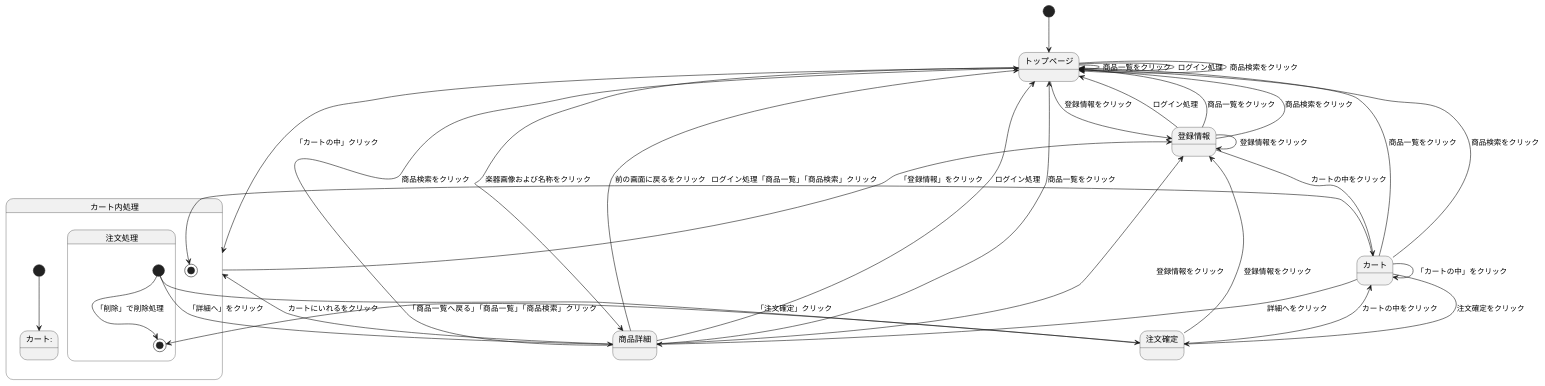
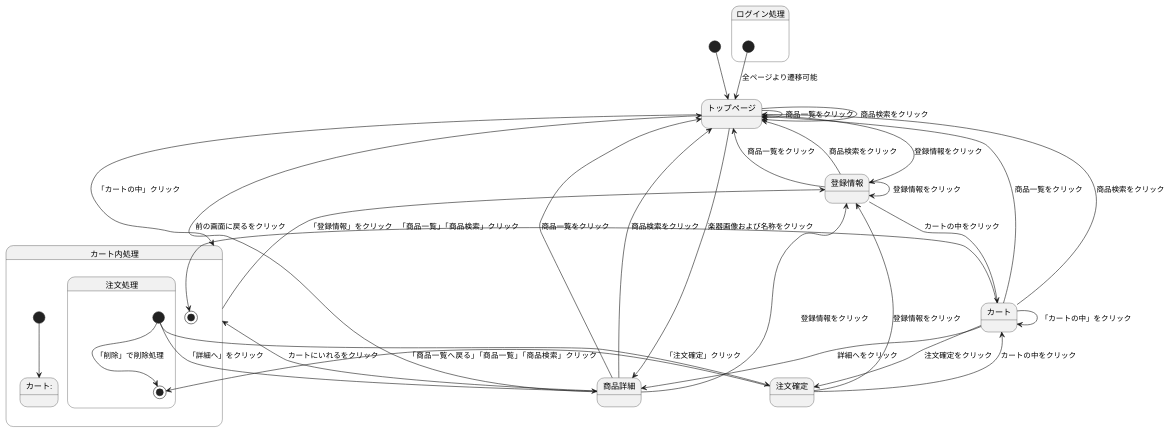
One commit to Aso2001374/2021sys-design changed the third of 3 diagrams in stm01.md. Above: the diagram before and after it, drawn with PlantUML.

````diff
--- a/stm01.md
+++ b/stm01.md
@@ -55,53 +55,53 @@
 ```uml
 @startuml
 [*] --> トップページ
 
 トップページ--> トップページ : 商品一覧をクリック
-トップページ--> トップページ : ログイン処理
 トップページ--> トップページ : 商品検索をクリック
 トップページ--> カート内処理 : 「カートの中」クリック
 トップページ--> 登録情報 : 登録情報をクリック
 トップページ--> 商品詳細 : 楽器画像および名称をクリック
 
 
 商品詳細--> トップページ : 前の画面に戻るをクリック
-商品詳細--> トップページ : ログイン処理
 商品詳細--> トップページ : 商品一覧をクリック
 商品詳細--> トップページ : 商品検索をクリック
 商品詳細--> 登録情報 : 登録情報をクリック
 
 カート --> 商品詳細 : 詳細へをクリック
 
 カート --> トップページ : 商品一覧をクリック
 カート --> トップページ : 商品検索をクリック
 
 カート-->注文確定 : 注文確定をクリック
 
-登録情報 --> トップページ : ログイン処理
+
 登録情報 --> トップページ : 商品一覧をクリック
 登録情報 --> トップページ : 商品検索をクリック
 登録情報 --> カート : カートの中をクリック
 登録情報 --> 登録情報 : 登録情報をクリック
 
-
+state ログイン処理{
+[*] --> トップページ : 全ページより遷移可能
+}
 商品詳細--> カート内処理 : カートにいれるをクリック
 
 state カート内処理{
 [*] --> カート:
 state 注文処理{
 [*]--> 注文確定: 「注文確定」クリック
 [*]--> 商品詳細 : 「詳細へ」をクリック
 [*]--> [*]: 「削除」で削除処理
 注文確定--> [*]: 「商品一覧へ戻る」「商品一覧」「商品検索」クリック
 }
 注文確定 --> カート : カートの中をクリック
 注文確定 --> 登録情報 : 登録情報をクリック
 カート--> カート: 「カートの中」をクリック
-カート--> [*]: ログイン処理「商品一覧」「商品検索」クリック
+カート--> [*]: 「商品一覧」「商品検索」クリック
 }
 
 カート内処理--> 登録情報 : 「登録情報」をクリック
 
 
 @enduml
 ```
````
